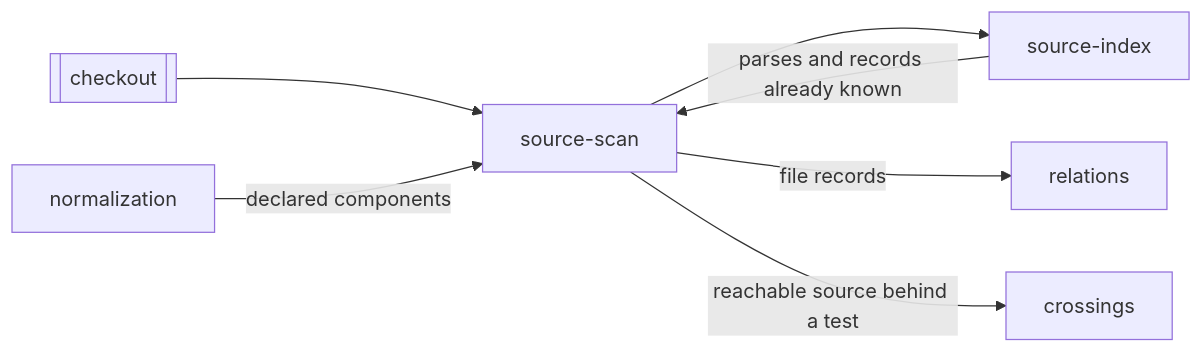
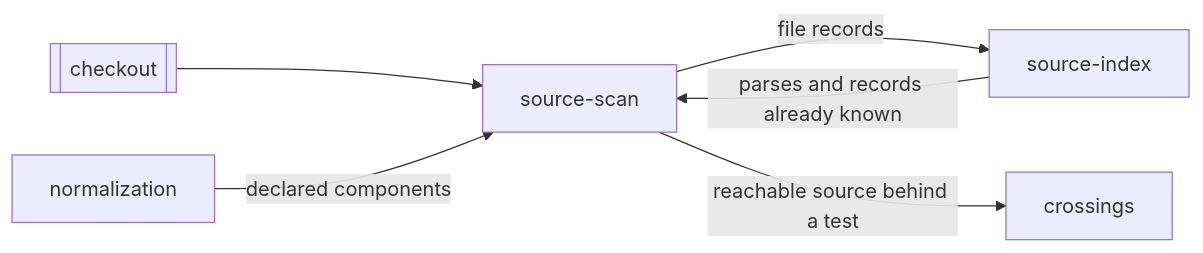
Before and after one commit to Variance-Authority/variance-authority: the diagram in .compass/variance-authority/reach/source-scan/README.md, drawn with Mermaid. The commit also changed other lines of this file and 15 other files, not shown here.

````diff
--- a/.compass/variance-authority/reach/source-scan/README.md
+++ b/.compass/variance-authority/reach/source-scan/README.md
@@ -90,9 +91,8 @@
 ```mermaid
 flowchart LR
   CHECKOUT[[checkout]] --> SCAN[source-scan]
   NORM[normalization] -->|declared components| SCAN
   IDX[source-index] -->|parses and records already known| SCAN
-  SCAN --> IDX
-  SCAN -->|file records| REL[relations]
+  SCAN -->|file records| IDX
   SCAN -->|reachable source behind a test| CROSS[crossings]
 ```
````
